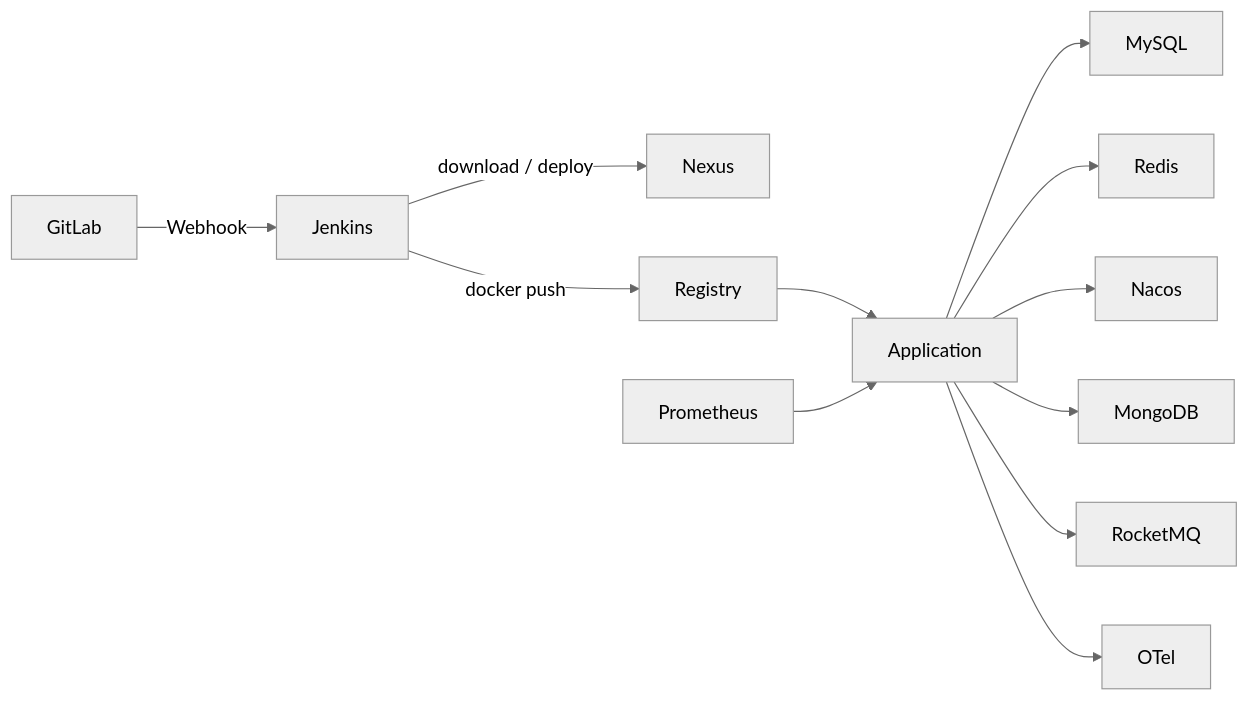
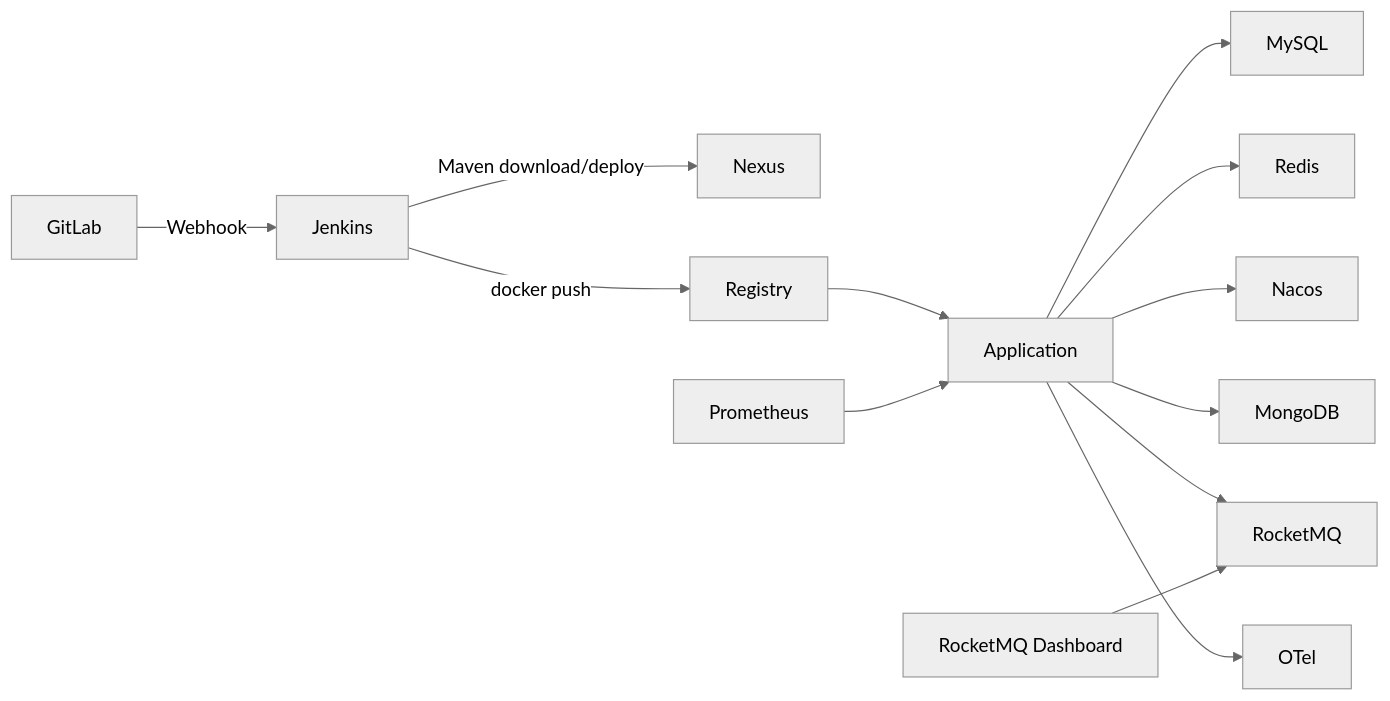
The diagram in deploy-pipline/README.en-US.md (Ryan-Guizhou/peach-cloud), drawn with Mermaid (neutral theme) before and after one commit. The commit also changed other lines of this file and 27 other files, not shown here.

Commit message:
refactor: simplify deployment docs and add RocketMQ dashboard

````diff
--- a/deploy-pipline/README.en-US.md
+++ b/deploy-pipline/README.en-US.md
@@ -9,14 +9,15 @@
 ```mermaid
 flowchart LR
     GitLab -->|Webhook| Jenkins
-    Jenkins -->|download / deploy| Nexus
+    Jenkins -->|Maven download/deploy| Nexus
     Jenkins -->|docker push| Registry
     Registry --> Application
     Application --> MySQL
     Application --> Redis
     Application --> Nacos
     Application --> MongoDB
     Application --> RocketMQ
+    Dashboard["RocketMQ Dashboard"] --> RocketMQ
     Application --> OTel
     Prometheus --> Application
 ```
````
